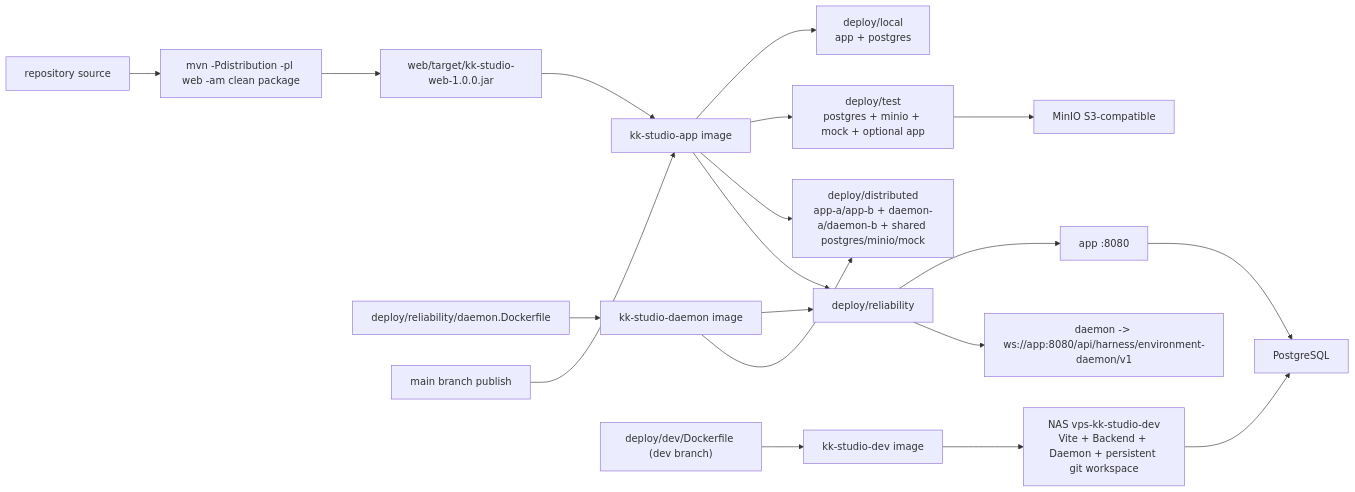
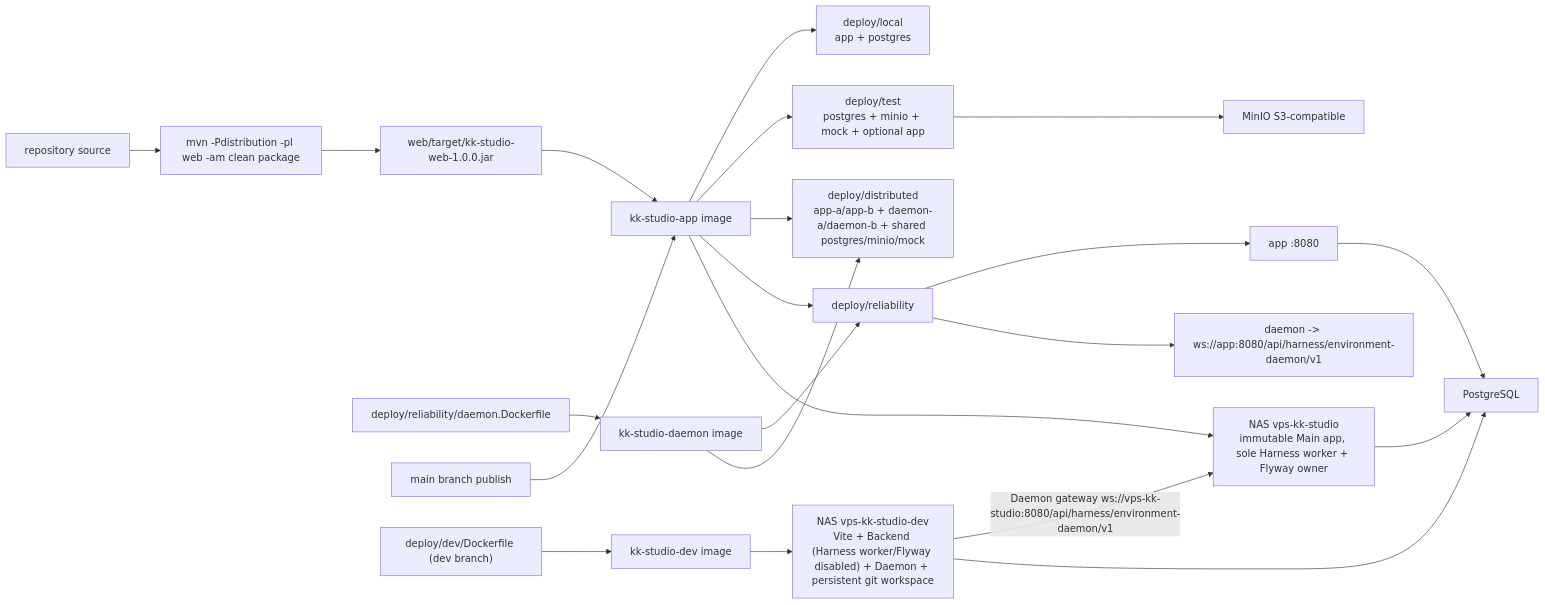
The diagram in docs/operations/deployment.md (fengwk/kk-studio), drawn with Mermaid before and after one commit. The commit also changed other lines of this file and 8 other files, not shown here.

First line of the commit message:
feat(deploy): connect dev daemon to main control plane

````diff
--- a/docs/operations/deployment.md
+++ b/docs/operations/deployment.md
@@ -32,21 +32,24 @@
 ```mermaid
 flowchart LR
   Source["repository source"] --> Maven["mvn -Pdistribution -pl web -am clean package"]
   Maven --> Jar["web/target/kk-studio-web-1.0.0.jar"]
   Jar --> AppImage["kk-studio-app image"]
   AppImage --> Local["deploy/local<br/>app + postgres"]
   AppImage --> Test["deploy/test<br/>postgres + minio + mock + optional app"]
   AppImage --> Distributed["deploy/distributed<br/>app-a/app-b + daemon-a/daemon-b + shared postgres/minio/mock"]
   DaemonBuild["deploy/reliability/daemon.Dockerfile"] --> DaemonImage["kk-studio-daemon image"]
   AppImage --> Reliability["deploy/reliability"]
   DaemonImage --> Reliability
   DaemonImage --> Distributed
   Publish["main branch publish"] --> AppImage
   DevBuild["deploy/dev/Dockerfile (dev branch)"] --> DevImage["kk-studio-dev image"]
-  DevImage --> DevNode["NAS vps-kk-studio-dev<br/>Vite + Backend + Daemon + persistent git workspace"]
+  DevImage --> DevNode["NAS vps-kk-studio-dev<br/>Vite + Backend (Harness worker/Flyway disabled) + Daemon + persistent git workspace"]
+  AppImage --> MainNode["NAS vps-kk-studio<br/>immutable Main app, sole Harness worker + Flyway owner"]
+  DevNode -- "Daemon gateway ws://vps-kk-studio:8080/api/harness/environment-daemon/v1" --> MainNode
   Reliability --> App["app :8080"]
   Reliability --> Daemon["daemon -> ws://app:8080/api/harness/environment-daemon/v1"]
   App --> PG["PostgreSQL"]
   Test --> S3["MinIO S3-compatible"]
+  MainNode --> PG
   DevNode --> PG
 ```
````
